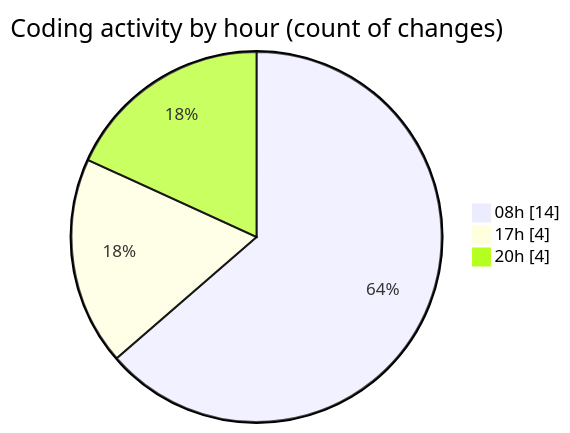
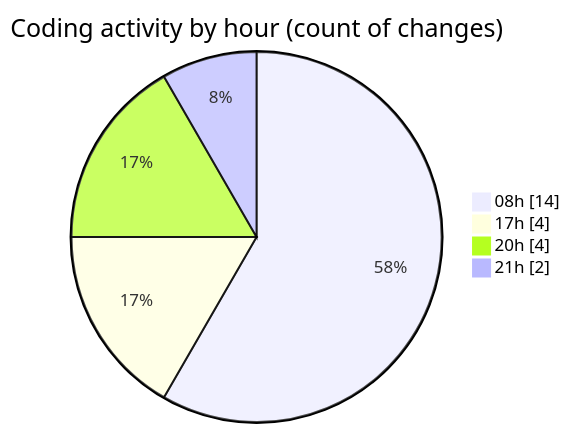
One commit to robertbonfada/code-tracking changed the second of 2 diagrams in 2025-01-28/mbc-web/README.md. Above: the diagram before and after it, drawn with Mermaid. The commit also changed other lines of this file and 1 other file, not shown here.

````diff
--- a/2025-01-28/mbc-web/README.md
+++ b/2025-01-28/mbc-web/README.md
@@ -35,7 +35,8 @@
 ```mermaid
 pie showData
 title Coding activity by hour (count of changes)
 "08h" : 14
 "17h" : 4
 "20h" : 4
+"21h" : 2
 ```
````
